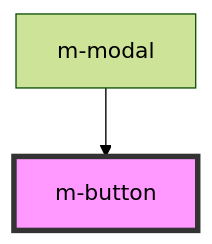
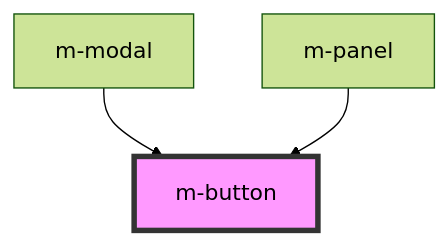
The diagram in src/components/m-button/readme.md (JMDidon/stencil-poc), drawn with Mermaid (forest theme) before and after one commit. The commit also changed other lines of this file and 11 other files, not shown here.

````diff
--- a/src/components/m-button/readme.md
+++ b/src/components/m-button/readme.md
@@ -15,5 +16,6 @@
 ```mermaid
 graph TD;
   m-modal --> m-button
+  m-panel --> m-button
   style m-button fill:#f9f,stroke:#333,stroke-width:4px
 ```
````
